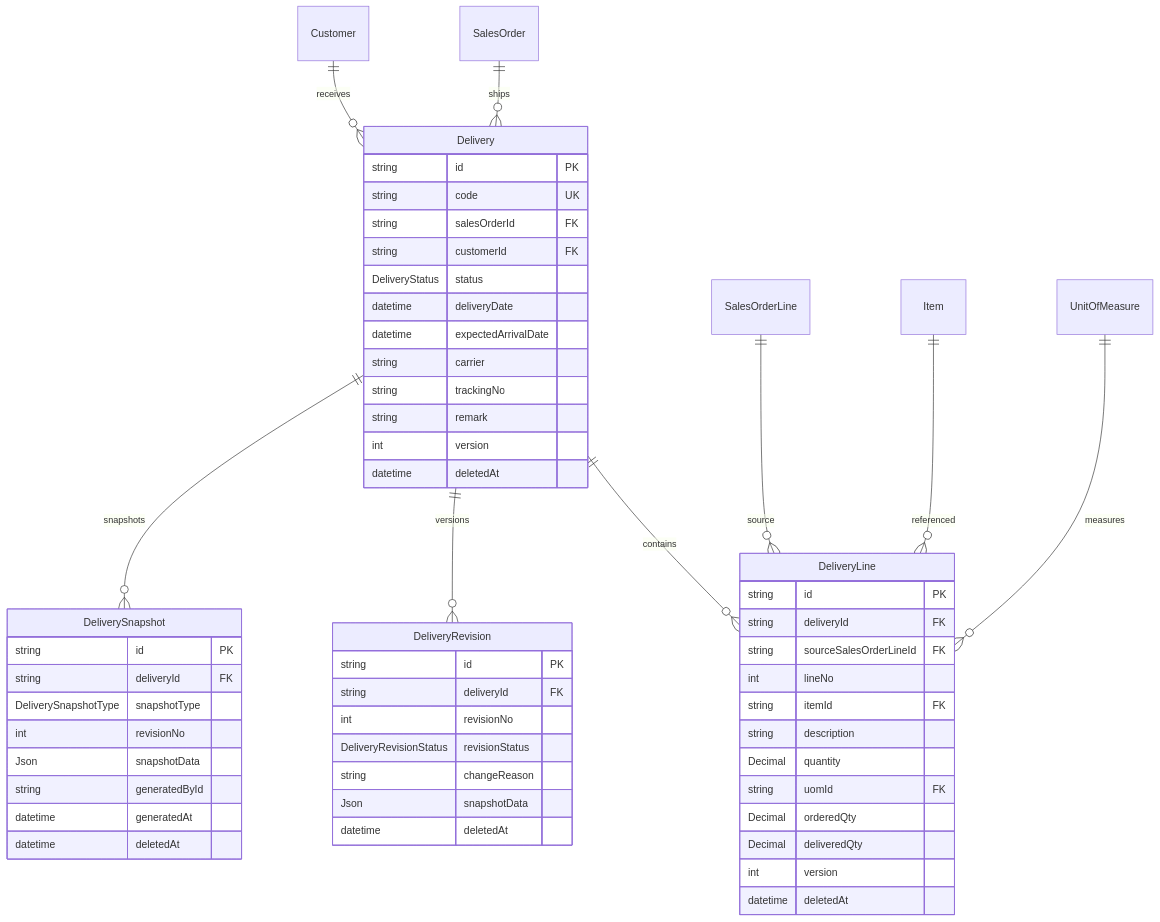
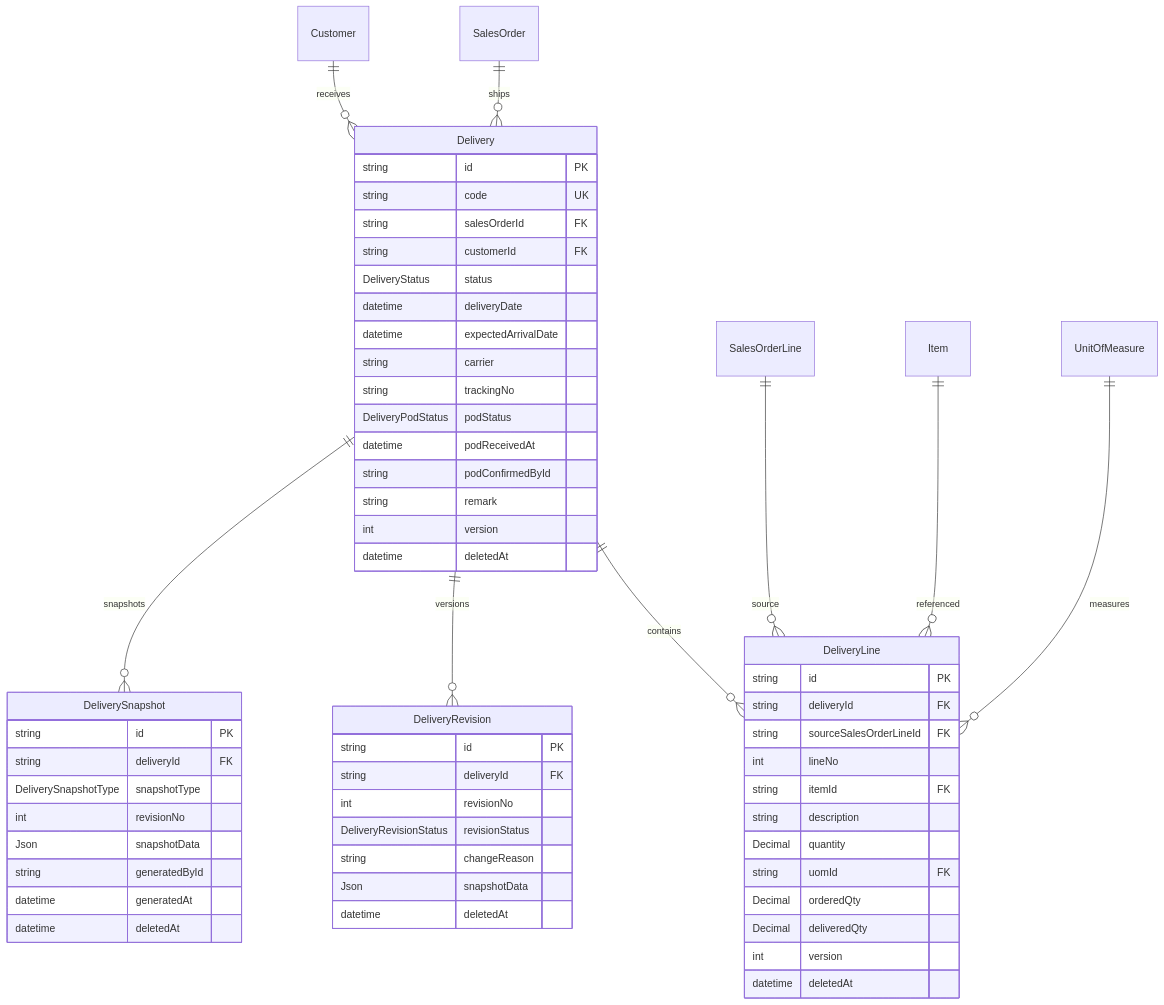
Before and after one commit to dlei83590-cyber/Linier-crm: the diagram in docs/SPRINTS/Sprint4C_Delivery_Design.md, drawn with Mermaid. The commit also changed other lines of this file and 1 other file, not shown here.

Commit message:
docs: apply CTO Sprint 4C delivery design review

````diff
--- a/docs/SPRINTS/Sprint4C_Delivery_Design.md
+++ b/docs/SPRINTS/Sprint4C_Delivery_Design.md
@@ -211,62 +233,65 @@
 ```mermaid
 erDiagram
     SalesOrder ||--o{ Delivery : ships
     Customer ||--o{ Delivery : receives
     Delivery ||--o{ DeliveryLine : contains
     SalesOrderLine ||--o{ DeliveryLine : source
     Item ||--o{ DeliveryLine : referenced
     UnitOfMeasure ||--o{ DeliveryLine : measures
     Delivery ||--o{ DeliveryRevision : versions
     Delivery ||--o{ DeliverySnapshot : snapshots
 
     Delivery {
         string id PK
         string code UK
         string salesOrderId FK
         string customerId FK
         DeliveryStatus status
         datetime deliveryDate
         datetime expectedArrivalDate
         string carrier
         string trackingNo
+        DeliveryPodStatus podStatus
+        datetime podReceivedAt
+        string podConfirmedById
         string remark
         int version
         datetime deletedAt
     }
 
     DeliveryLine {
         string id PK
         string deliveryId FK
         string sourceSalesOrderLineId FK
         int lineNo
         string itemId FK
         string description
         Decimal quantity
         string uomId FK
         Decimal orderedQty
         Decimal deliveredQty
         int version
         datetime deletedAt
     }
 
     DeliveryRevision {
         string id PK
         string deliveryId FK
         int revisionNo
         DeliveryRevisionStatus revisionStatus
         string changeReason
         Json snapshotData
         datetime deletedAt
     }
 
     DeliverySnapshot {
         string id PK
         string deliveryId FK
         DeliverySnapshotType snapshotType
         int revisionNo
         Json snapshotData
         string generatedById
         datetime generatedAt
         datetime deletedAt
     }
 ```
````
